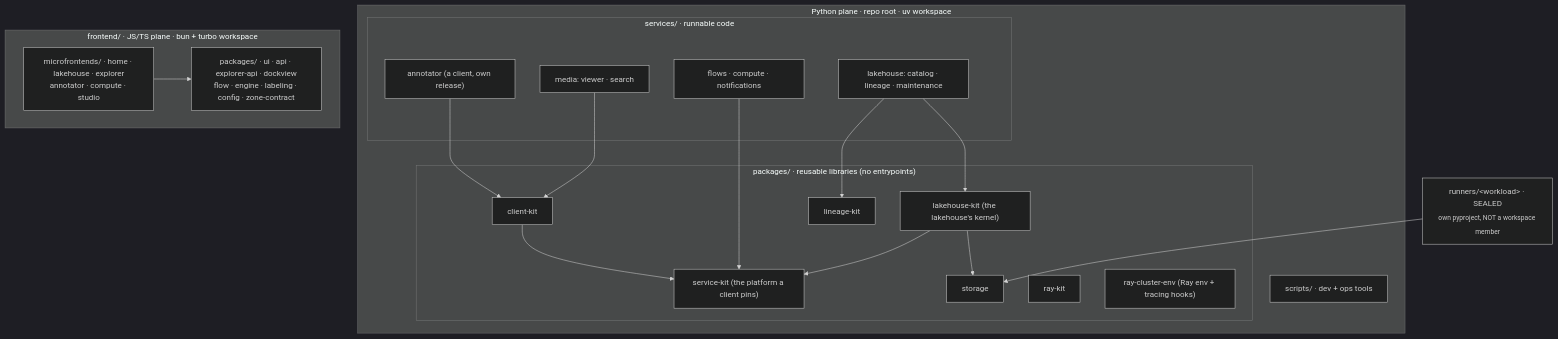
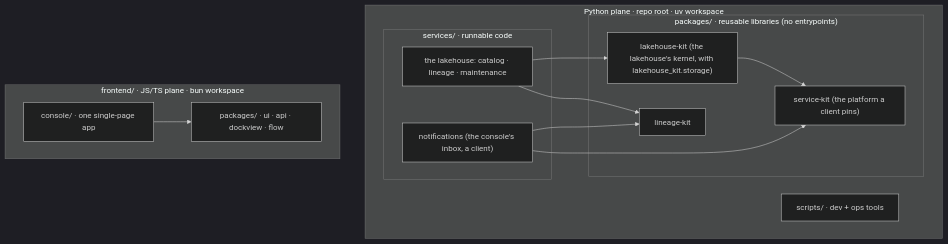
The diagram in docs/architecture/layout.md (AI-Riksarkivet/rask), drawn with Mermaid (dark theme) before and after one commit. The commit also changed other lines of this file and 1878 other files, not shown here.

First line of the commit message:
refactor!: XC-192 — this repository is the lakehouse and its console; every other client is removed

````diff
--- a/docs/architecture/layout.md
+++ b/docs/architecture/layout.md
@@ -10,35 +11,25 @@
 ```mermaid
 flowchart TD
     subgraph py["Python plane · repo root · uv workspace"]
         subgraph services["services/ · runnable code"]
-            lake["lakehouse: catalog · lineage · maintenance"]
-            fleet["flows · compute · notifications"]
-            media["media: viewer · search"]
-            annot["annotator (a client, own release)"]
+            lake["the lakehouse: catalog · lineage · maintenance"]
+            inbox["notifications (the console's inbox, a client)"]
         end
         subgraph packages["packages/ · reusable libraries (no entrypoints)"]
             psk["service-kit (the platform a client pins)"]
-            phk["lakehouse-kit (the lakehouse's kernel)"]
-            pck["client-kit"]
+            phk["lakehouse-kit (the lakehouse's kernel, with lakehouse_kit.storage)"]
             plk["lineage-kit"]
-            pst["storage"]
-            prk["ray-kit"]
-            prc["ray-cluster-env (Ray env + tracing hooks)"]
         end
         cx["scripts/ · dev + ops tools"]
     end
-    subgraph js["frontend/ · JS/TS plane · bun + turbo workspace"]
-        mf["microfrontends/ · home · lakehouse · explorer<br/>annotator · compute · studio"]
-        fpk["packages/ · ui · api · explorer-api · dockview<br/>flow · engine · labeling · config · zone-contract"]
+    subgraph js["frontend/ · JS/TS plane · bun workspace"]
+        app["console/ · one single-page app"]
+        fpk["packages/ · ui · api · dockview · flow"]
     end
-    rn["runners/&lt;workload&gt; · SEALED<br/><sub>own pyproject, NOT a workspace member</sub>"] --> pst
     lake --> phk
     lake --> plk
     phk --> psk
-    phk --> pst
-    fleet --> psk
-    media --> pck
-    annot --> pck
-    pck --> psk
-    mf --> fpk
+    inbox --> psk
+    inbox --> plk
+    app --> fpk
 ```
````
